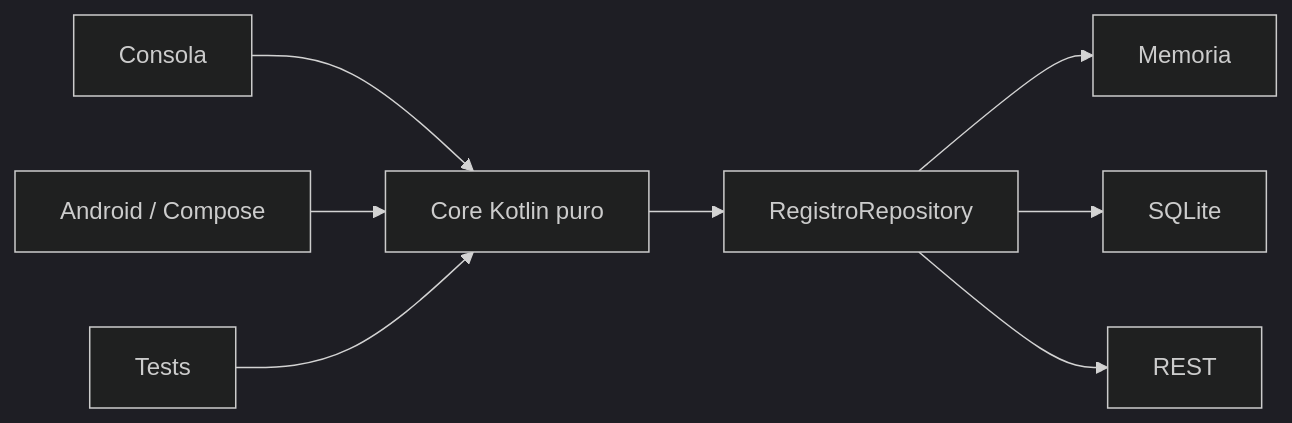
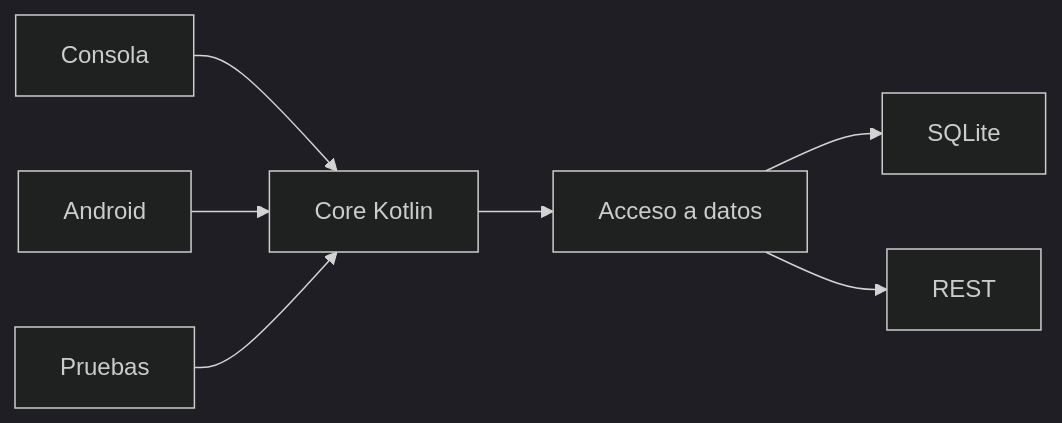
Before and after one commit to cmartinezs/DSY1105-DESARROLLO-APLICACIONES-MOVILES-2026-2: the diagram in proyecto-formativo/README.md, drawn with Mermaid (dark theme). The commit also changed other lines of this file, not shown here.

````diff
--- a/proyecto-formativo/README.md
+++ b/proyecto-formativo/README.md
@@ -87,10 +170,9 @@
 ```mermaid
 flowchart LR
-    CLI[Consola] --> CORE[Core Kotlin puro]
-    ANDROID[Android / Compose] --> CORE
-    TESTS[Tests] --> CORE
-    CORE --> REPO[RegistroRepository]
-    REPO --> MEMORY[Memoria]
-    REPO --> SQLITE[SQLite]
-    REPO --> REST[REST]
+    CLI[Consola] --> CORE[Core Kotlin]
+    ANDROID[Android] --> CORE
+    TESTS[Pruebas] --> CORE
+    CORE --> DATA[Acceso a datos]
+    DATA --> SQLITE[SQLite]
+    DATA --> REST[REST]
 ```
````
